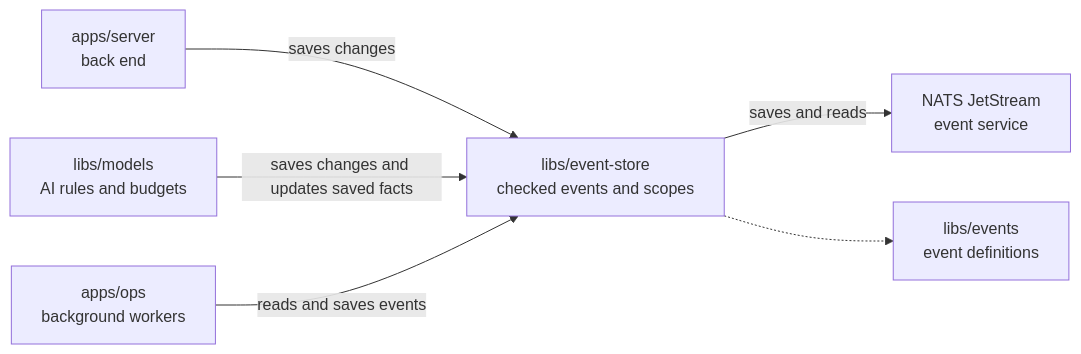
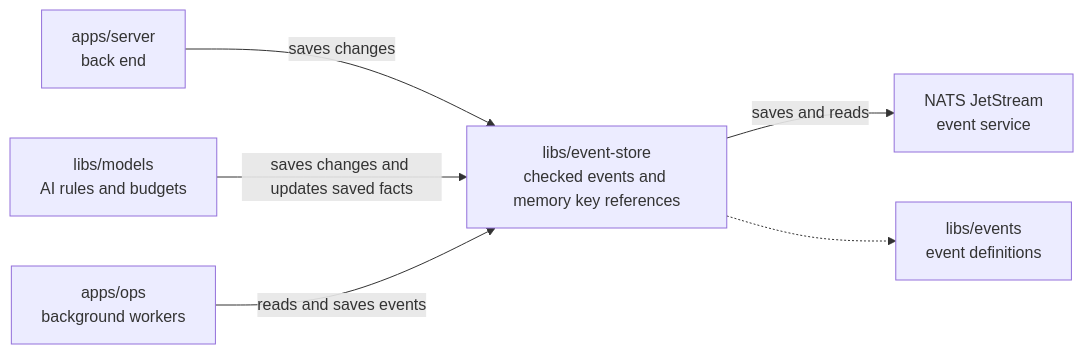
One commit to elewa-git/opencrane-new changed the diagram in libs/event-store/README.md. Above: the diagram before and after it, drawn with Mermaid. The commit also changed other lines of this file and 7 other files, not shown here.

````diff
--- a/libs/event-store/README.md
+++ b/libs/event-store/README.md
@@ -22,8 +22,8 @@
 ```mermaid
 flowchart LR
-  server["apps/server<br/>back end"] -->|saves changes| store["libs/event-store<br/>checked events and scopes"]
+  server["apps/server<br/>back end"] -->|saves changes| store["libs/event-store<br/>checked events and memory key references"]
   models["libs/models<br/>AI rules and budgets"] -->|saves changes and updates saved facts| store
   ops["apps/ops<br/>background workers"] -->|reads and saves events| store
   store -->|saves and reads| nats["NATS JetStream<br/>event service"]
   store -.-> events["libs/events<br/>event definitions"]
 ```
````
